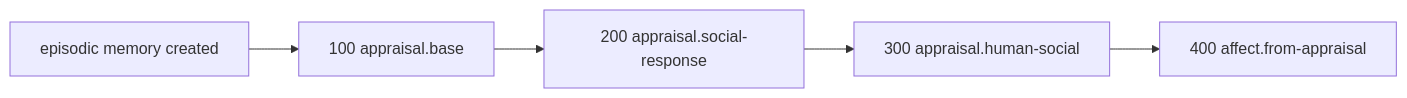
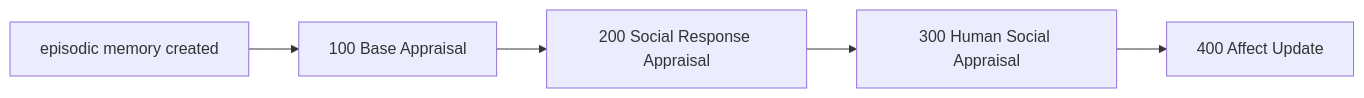
One commit to Prysline/emergent-causal-sim changed the second of 2 diagrams in docs/tick-pipeline.md. Above: the diagram before and after it, drawn with Mermaid. The commit also changed other lines of this file, not shown here.

````diff
--- a/docs/tick-pipeline.md
+++ b/docs/tick-pipeline.md
@@ -97,7 +98,7 @@
 ```mermaid
 flowchart LR
-    M[episodic memory created] --> P100[100 appraisal.base]
-    P100 --> P200[200 appraisal.social-response]
-    P200 --> P300[300 appraisal.human-social]
-    P300 --> P400[400 affect.from-appraisal]
+    M[episodic memory created] --> P100[100 Base Appraisal]
+    P100 --> P200[200 Social Response Appraisal]
+    P200 --> P300[300 Human Social Appraisal]
+    P300 --> P400[400 Affect Update]
 ```
````
